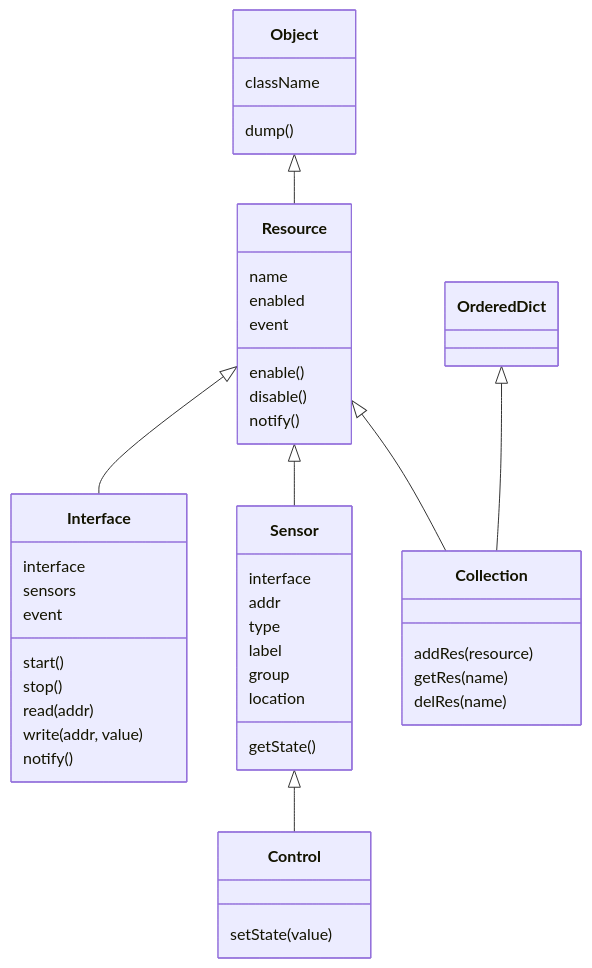
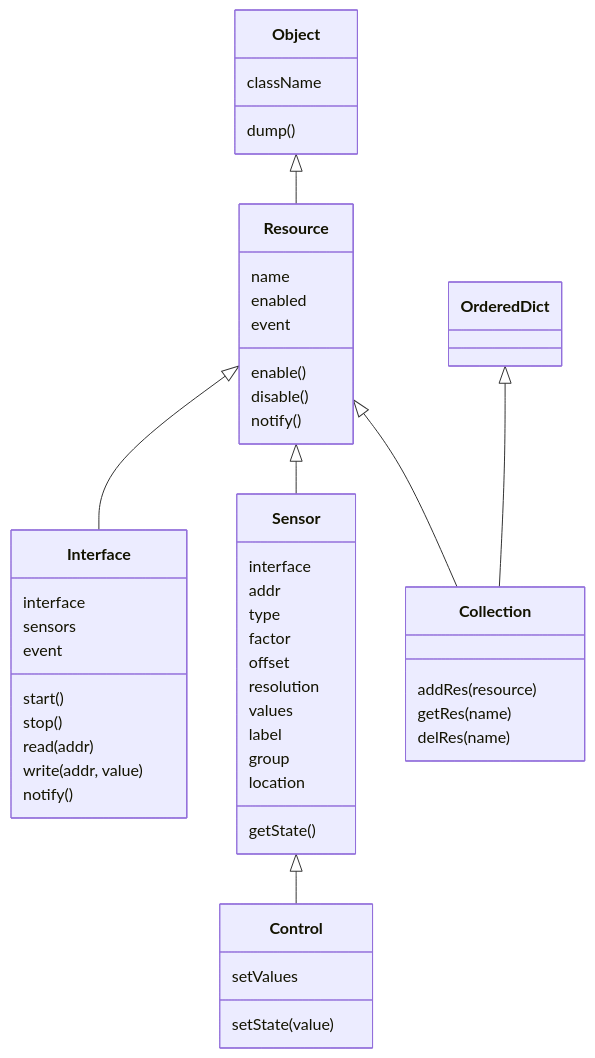
Before and after one commit to jbuehl/homealone: the first of 2 diagrams in docs/README.model.md, drawn with Mermaid. The commit also changed other lines of this file and 2 other files, not shown here.

Commit message:
Describe resource states and attributes

````diff
--- a/docs/README.model.md
+++ b/docs/README.model.md
@@ -38,36 +38,41 @@
 ```mermaid
 classDiagram
 	Object <|-- Resource
 	Resource <|--Interface
 	Resource <|--Sensor
 	Sensor <|-- Control
 	Resource <|--Collection
 	OrderedDict <|--Collection
 	Object: className
 	Object: dump()
 	Resource: name
 	Resource: enabled
-	Resource : event
+	Resource: event
 	Resource: enable()
 	Resource: disable()
-	Resource : notify()
-	Interface : interface
-	Interface : sensors
-	Interface : event
-	Interface : start()
-	Interface : stop()
-	Interface : read(addr)
-	Interface : write(addr, value)
-	Interface : notify()
-	Sensor : interface
-	Sensor : addr
+	Resource: notify()
+	Interface: interface
+	Interface: sensors
+	Interface: event
+	Interface: start()
+	Interface: stop()
+	Interface: read(addr)
+	Interface: write(addr, value)
+	Interface: notify()
+	Sensor: interface
+	Sensor: addr
 	Sensor: type
-	Sensor : label
-	Sensor : group
-	Sensor : location
-	Sensor : getState()
-	Control : setState(value)
-	Collection : addRes(resource)
-	Collection : getRes(name)
-	Collection : delRes(name)
+    Sensor: factor
+    Sensor: offset
+    Sensor: resolution
+    Sensor: values
+	Sensor: label
+	Sensor: group
+	Sensor: location
+	Sensor: getState()
+    Control: setValues
+	Control: setState(value)
+	Collection: addRes(resource)
+	Collection: getRes(name)
+	Collection: delRes(name)
 ```
````
